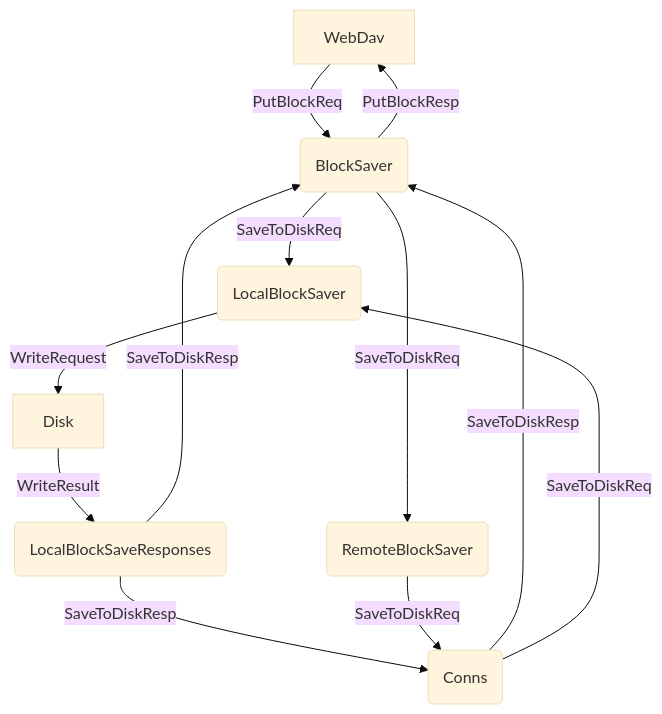
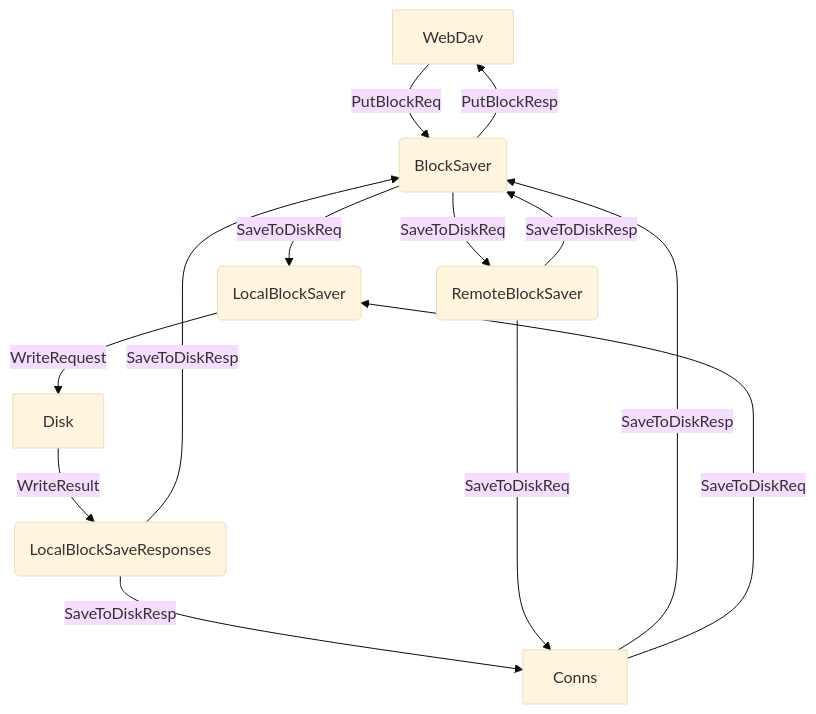
The diagram in pkg/blocksaver/TealFS-Saving.mmd (roboadam/tealfs), drawn with Mermaid (base theme) before and after one commit. The commit also changed 7 other files, not shown here.

```diff
--- a/pkg/blocksaver/TealFS-Saving.mmd
+++ b/pkg/blocksaver/TealFS-Saving.mmd
@@ -1,13 +1,14 @@
 flowchart TD
         A["WebDav"]
         A -->|PutBlockReq| B("BlockSaver")
         B -->|SaveToDiskReq| C("LocalBlockSaver")
         B -->|SaveToDiskReq| D("RemoteBlockSaver")
         C -->|WriteRequest| E["Disk"]
         E -->|WriteResult| F("LocalBlockSaveResponses")
-        F -->|SaveToDiskResp| G("Conns")
+        F -->|SaveToDiskResp| G["Conns"]
         F -->|SaveToDiskResp| B
         D -->|SaveToDiskReq| G
+        D -->|SaveToDiskResp| B
         G -->|SaveToDiskResp| B
         G -->|SaveToDiskReq| C
         B -->|PutBlockResp| A
```
